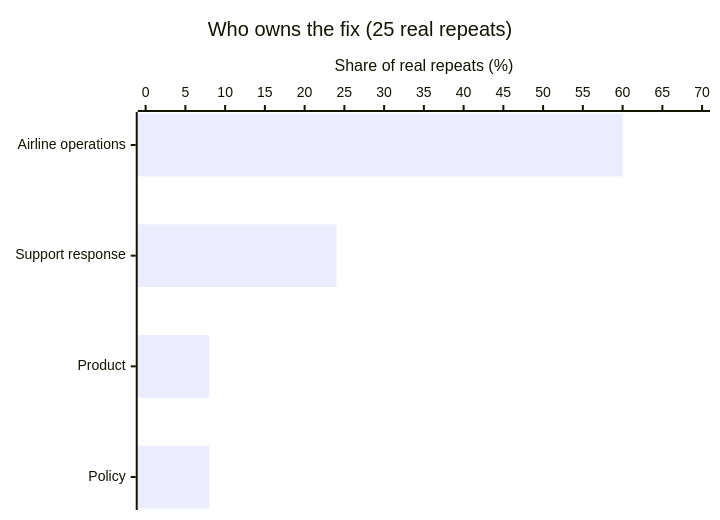
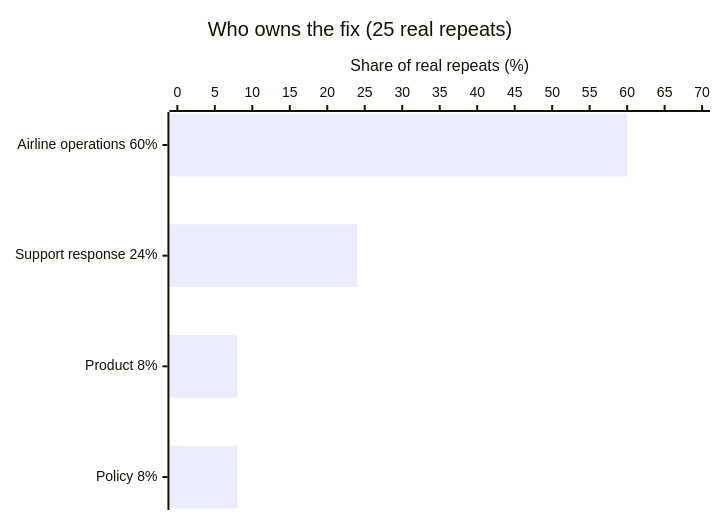
One commit to anthonydenike/ai-customer-service-evaluation-prototype changed the second of 2 diagrams in README.md. Above: the diagram before and after it, drawn with Mermaid. The commit also changed other lines of this file, not shown here.

Commit message:
Add data overview, labeled charts, production link

````diff
--- a/README.md
+++ b/README.md
@@ -26,7 +49,7 @@
 ```mermaid
 xychart-beta horizontal
     title "Who owns the fix (25 real repeats)"
-    x-axis ["Airline operations", "Support response", "Product", "Policy"]
+    x-axis ["Airline operations 60%", "Support response 24%", "Product 8%", "Policy 8%"]
     y-axis "Share of real repeats (%)" 0 --> 70
     bar [60, 24, 8, 8]
 ```
````
